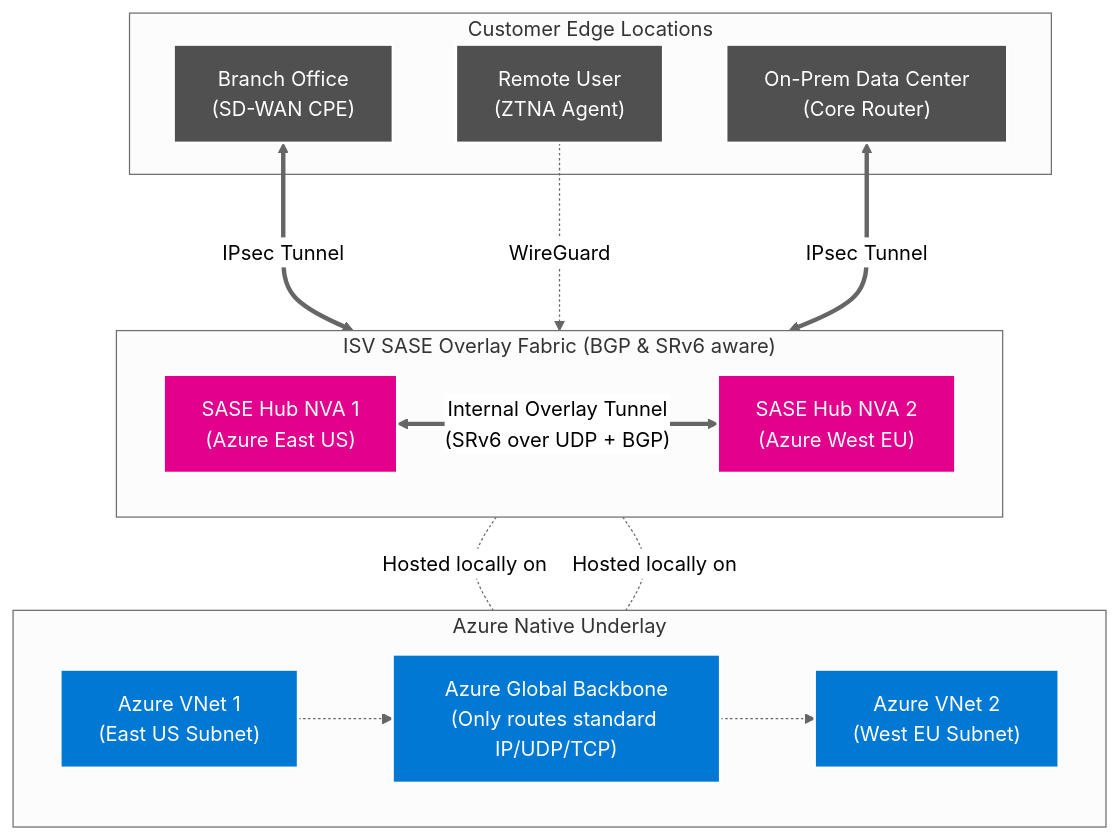
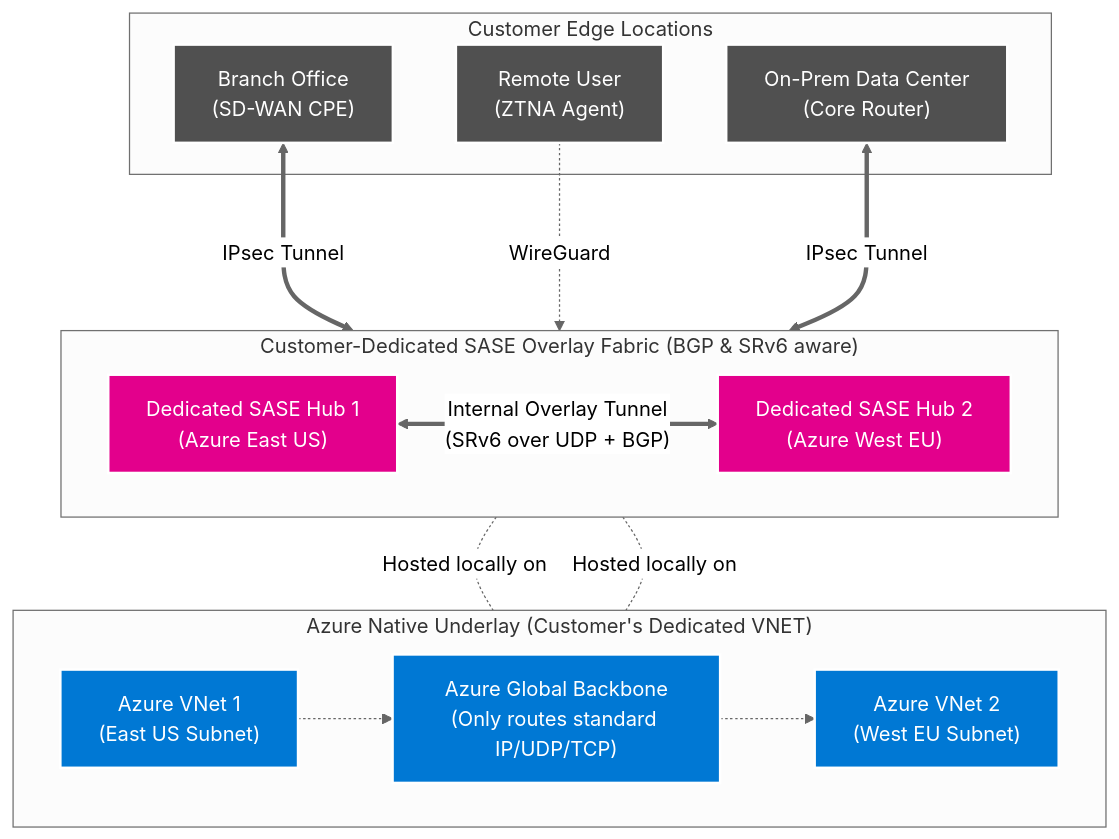
One commit to roie9876/SASE changed the third of 10 diagrams in README.md. Above: the diagram before and after it, drawn with Mermaid (neutral theme). The commit also changed other lines of this file, not shown here.

Commit message:
docs: Update SASE architectural narrative to ISV single-tenant managed service

````diff
--- a/README.md
+++ b/README.md
@@ -169,36 +171,36 @@
 ```mermaid
 flowchart TD
     %% Styling
     classDef cloud fill:#0078D4,stroke:#fff,stroke-width:2px,color:#fff
     classDef nva fill:#E3008C,stroke:#fff,stroke-width:2px,color:#fff
     classDef edge fill:#505050,stroke:#fff,stroke-width:2px,color:#fff
 
-    subgraph ISV_SASE_Overlay [" ISV SASE Overlay Fabric (BGP & SRv6 aware) "]
+    subgraph ISV_SASE_Overlay [" Customer-Dedicated SASE Overlay Fabric (BGP & SRv6 aware) "]
         direction LR
-        NVA1["SASE Hub NVA 1<br/>(Azure East US)"]:::nva
-        NVA2["SASE Hub NVA 2<br/>(Azure West EU)"]:::nva
+        NVA1["Dedicated SASE Hub 1<br/>(Azure East US)"]:::nva
+        NVA2["Dedicated SASE Hub 2<br/>(Azure West EU)"]:::nva
         
         %% Core overlay connectivity
         NVA1 <== "Internal Overlay Tunnel<br/>(SRv6 over UDP + BGP)" ==> NVA2
     end
     
-    subgraph Azure_Transport [" Azure Native Underlay "]
+    subgraph Azure_Transport [" Azure Native Underlay (Customer's Dedicated VNET) "]
         direction LR
         VNet1["Azure VNet 1<br/>(East US Subnet)"]:::cloud -.-> Backbone["Azure Global Backbone<br/>(Only routes standard IP/UDP/TCP)"]:::cloud -.-> VNet2["Azure VNet 2<br/>(West EU Subnet)"]:::cloud
     end
     
     subgraph Customer_Edges [" Customer Edge Locations "]
         Branch["Branch Office<br/>(SD-WAN CPE)"]:::edge
         HQ["On-Prem Data Center<br/>(Core Router)"]:::edge
         User["Remote User<br/>(ZTNA Agent)"]:::edge
     end
     
     %% Edge connections to NVAs
     Branch <== "IPsec Tunnel" ===> NVA1
     User -. "WireGuard" .-> NVA1
     HQ <== "IPsec Tunnel" ===> NVA2
     
     %% NVA hosting relationship
     NVA1 -. "Hosted locally on" .- VNet1
     NVA2 -. "Hosted locally on" .- VNet2
 ```
````
